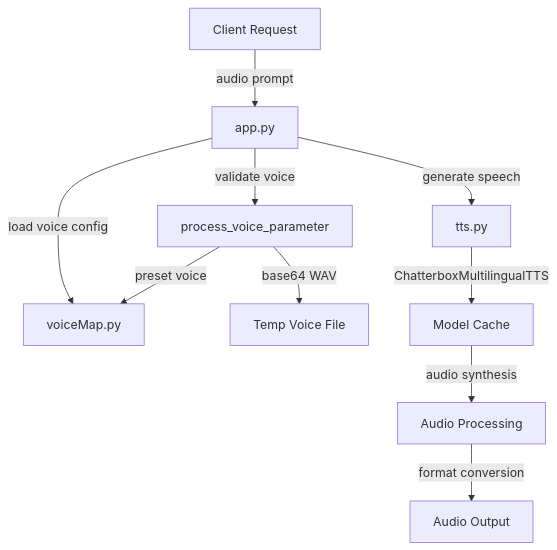
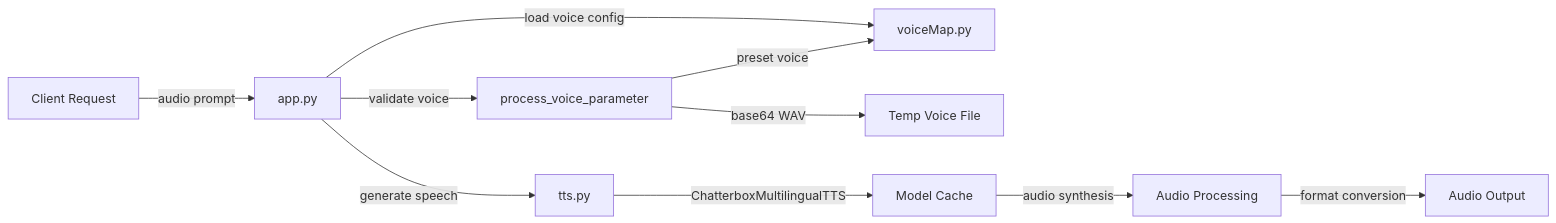
The diagram in text.pollinations.ai/audio/README.md (pollinations/pollinations), drawn with Mermaid before and after one commit.

Commit message:
readme update

````diff
--- a/text.pollinations.ai/audio/README.md
+++ b/text.pollinations.ai/audio/README.md
@@ -8,12 +8,12 @@
 ```mermaid
-graph TD
+graph LR
     A[Client Request] -->|audio prompt| B[app.py]
     B -->|load voice config| C[voiceMap.py]
     B -->|validate voice| D[process_voice_parameter]
     D -->|preset voice| C
     D -->|base64 WAV| E[Temp Voice File]
     B -->|generate speech| F[tts.py]
     F -->|ChatterboxMultilingualTTS| G[Model Cache]
     G -->|audio synthesis| H[Audio Processing]
     H -->|format conversion| I[Audio Output]
 ```
````
